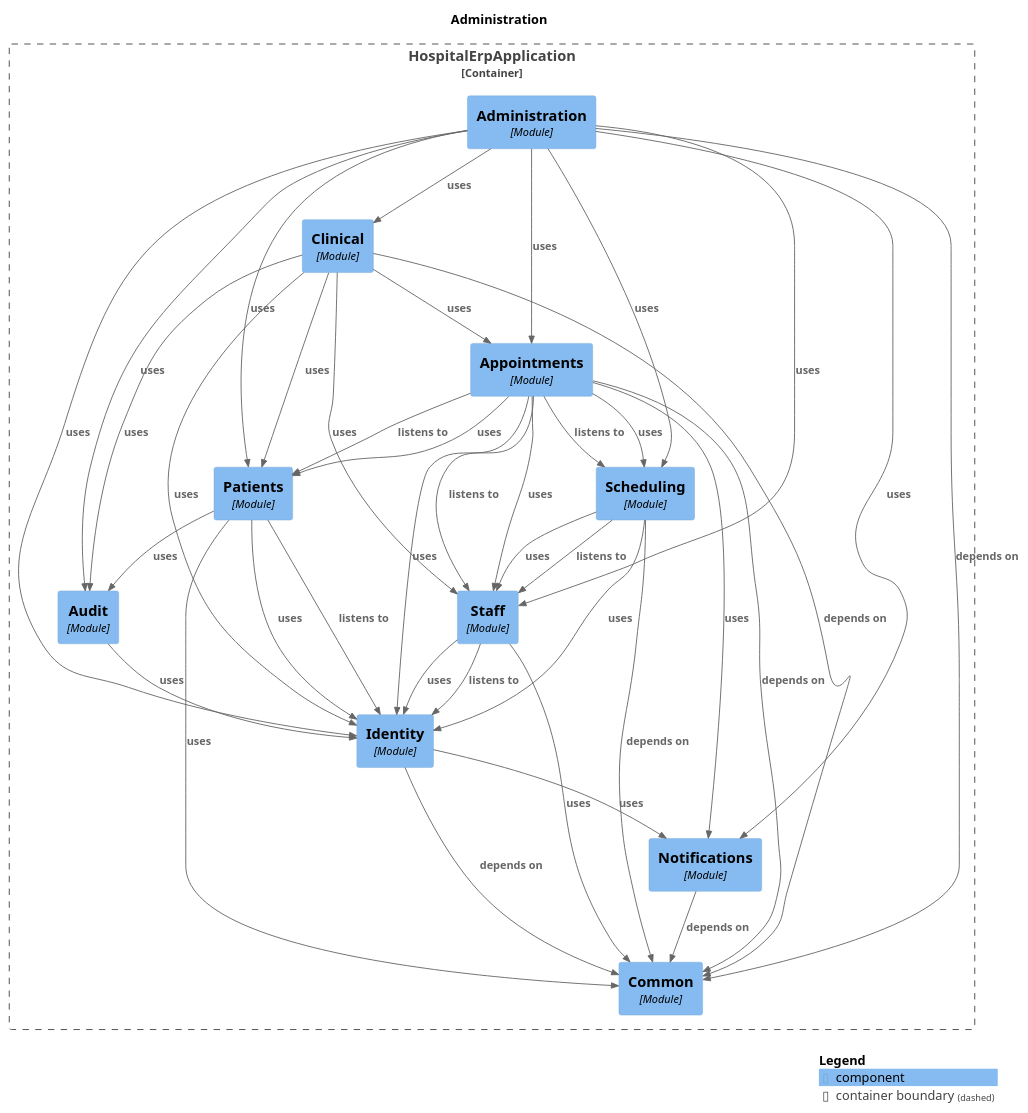
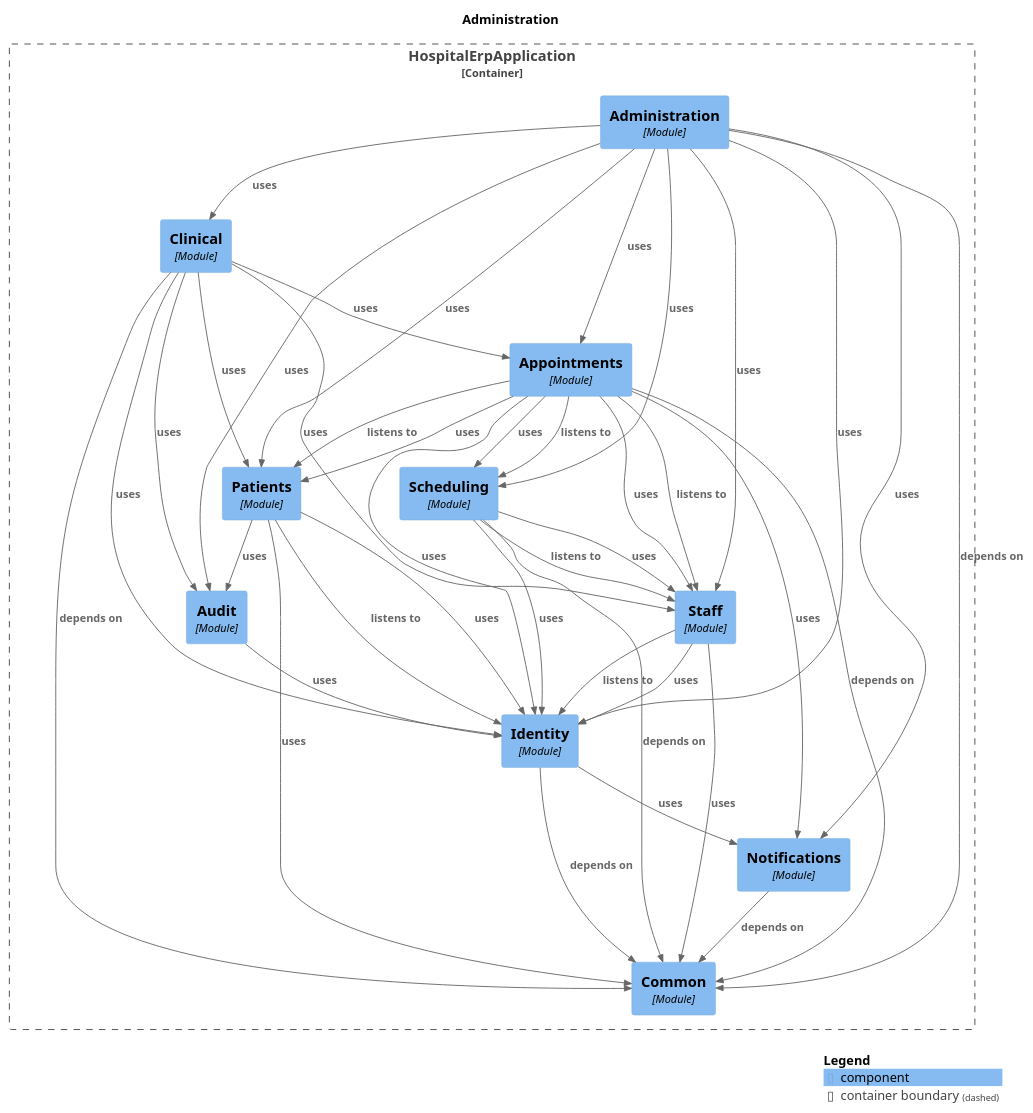
Before and after one commit to harshsharma5720/HospitalERP: the diagram in docs/modules/module-administration.puml, drawn with PlantUML. The commit also changed other lines of this file and 35 other files, not shown here.

```diff
--- a/docs/modules/module-administration.puml
+++ b/docs/modules/module-administration.puml
@@ -1,65 +1,65 @@
 @startuml
 set separator none
 title Administration
 
 top to bottom direction
 
 !include <C4/C4>
 !include <C4/C4_Context>
 !include <C4/C4_Component>
 
 Container_Boundary("HospitalErpApplication.HospitalErpApplication_boundary", "HospitalErpApplication", $tags="") {
+  Component(HospitalErpApplication.HospitalErpApplication.Scheduling, "Scheduling", $techn="Module", $descr="", $tags="", $link="")
   Component(HospitalErpApplication.HospitalErpApplication.Appointments, "Appointments", $techn="Module", $descr="", $tags="", $link="")
   Component(HospitalErpApplication.HospitalErpApplication.Clinical, "Clinical", $techn="Module", $descr="", $tags="", $link="")
   Component(HospitalErpApplication.HospitalErpApplication.Administration, "Administration", $techn="Module", $descr="", $tags="", $link="")
   Component(HospitalErpApplication.HospitalErpApplication.Common, "Common", $techn="Module", $descr="", $tags="", $link="")
   Component(HospitalErpApplication.HospitalErpApplication.Notifications, "Notifications", $techn="Module", $descr="", $tags="", $link="")
   Component(HospitalErpApplication.HospitalErpApplication.Identity, "Identity", $techn="Module", $descr="", $tags="", $link="")
   Component(HospitalErpApplication.HospitalErpApplication.Audit, "Audit", $techn="Module", $descr="", $tags="", $link="")
   Component(HospitalErpApplication.HospitalErpApplication.Staff, "Staff", $techn="Module", $descr="", $tags="", $link="")
   Component(HospitalErpApplication.HospitalErpApplication.Patients, "Patients", $techn="Module", $descr="", $tags="", $link="")
-  Component(HospitalErpApplication.HospitalErpApplication.Scheduling, "Scheduling", $techn="Module", $descr="", $tags="", $link="")
 }
 
-Rel(HospitalErpApplication.HospitalErpApplication.Identity, HospitalErpApplication.HospitalErpApplication.Common, "depends on", $techn="", $tags="", $link="")
-Rel(HospitalErpApplication.HospitalErpApplication.Identity, HospitalErpApplication.HospitalErpApplication.Notifications, "uses", $techn="", $tags="", $link="")
-Rel(HospitalErpApplication.HospitalErpApplication.Audit, HospitalErpApplication.HospitalErpApplication.Identity, "uses", $techn="", $tags="", $link="")
+Rel(HospitalErpApplication.HospitalErpApplication.Notifications, HospitalErpApplication.HospitalErpApplication.Common, "depends on", $techn="", $tags="", $link="")
 Rel(HospitalErpApplication.HospitalErpApplication.Scheduling, HospitalErpApplication.HospitalErpApplication.Staff, "listens to", $techn="", $tags="", $link="")
 Rel(HospitalErpApplication.HospitalErpApplication.Scheduling, HospitalErpApplication.HospitalErpApplication.Common, "depends on", $techn="", $tags="", $link="")
 Rel(HospitalErpApplication.HospitalErpApplication.Scheduling, HospitalErpApplication.HospitalErpApplication.Staff, "uses", $techn="", $tags="", $link="")
 Rel(HospitalErpApplication.HospitalErpApplication.Scheduling, HospitalErpApplication.HospitalErpApplication.Identity, "uses", $techn="", $tags="", $link="")
+Rel(HospitalErpApplication.HospitalErpApplication.Patients, HospitalErpApplication.HospitalErpApplication.Identity, "listens to", $techn="", $tags="", $link="")
+Rel(HospitalErpApplication.HospitalErpApplication.Patients, HospitalErpApplication.HospitalErpApplication.Identity, "uses", $techn="", $tags="", $link="")
+Rel(HospitalErpApplication.HospitalErpApplication.Patients, HospitalErpApplication.HospitalErpApplication.Common, "uses", $techn="", $tags="", $link="")
+Rel(HospitalErpApplication.HospitalErpApplication.Patients, HospitalErpApplication.HospitalErpApplication.Audit, "uses", $techn="", $tags="", $link="")
+Rel(HospitalErpApplication.HospitalErpApplication.Audit, HospitalErpApplication.HospitalErpApplication.Identity, "uses", $techn="", $tags="", $link="")
+Rel(HospitalErpApplication.HospitalErpApplication.Staff, HospitalErpApplication.HospitalErpApplication.Identity, "listens to", $techn="", $tags="", $link="")
+Rel(HospitalErpApplication.HospitalErpApplication.Staff, HospitalErpApplication.HospitalErpApplication.Identity, "uses", $techn="", $tags="", $link="")
+Rel(HospitalErpApplication.HospitalErpApplication.Staff, HospitalErpApplication.HospitalErpApplication.Common, "uses", $techn="", $tags="", $link="")
+Rel(HospitalErpApplication.HospitalErpApplication.Clinical, HospitalErpApplication.HospitalErpApplication.Common, "depends on", $techn="", $tags="", $link="")
+Rel(HospitalErpApplication.HospitalErpApplication.Clinical, HospitalErpApplication.HospitalErpApplication.Appointments, "uses", $techn="", $tags="", $link="")
+Rel(HospitalErpApplication.HospitalErpApplication.Clinical, HospitalErpApplication.HospitalErpApplication.Staff, "uses", $techn="", $tags="", $link="")
+Rel(HospitalErpApplication.HospitalErpApplication.Clinical, HospitalErpApplication.HospitalErpApplication.Patients, "uses", $techn="", $tags="", $link="")
+Rel(HospitalErpApplication.HospitalErpApplication.Clinical, HospitalErpApplication.HospitalErpApplication.Identity, "uses", $techn="", $tags="", $link="")
+Rel(HospitalErpApplication.HospitalErpApplication.Clinical, HospitalErpApplication.HospitalErpApplication.Audit, "uses", $techn="", $tags="", $link="")
+Rel(HospitalErpApplication.HospitalErpApplication.Appointments, HospitalErpApplication.HospitalErpApplication.Staff, "listens to", $techn="", $tags="", $link="")
+Rel(HospitalErpApplication.HospitalErpApplication.Appointments, HospitalErpApplication.HospitalErpApplication.Patients, "listens to", $techn="", $tags="", $link="")
+Rel(HospitalErpApplication.HospitalErpApplication.Appointments, HospitalErpApplication.HospitalErpApplication.Scheduling, "listens to", $techn="", $tags="", $link="")
+Rel(HospitalErpApplication.HospitalErpApplication.Appointments, HospitalErpApplication.HospitalErpApplication.Common, "depends on", $techn="", $tags="", $link="")
+Rel(HospitalErpApplication.HospitalErpApplication.Appointments, HospitalErpApplication.HospitalErpApplication.Patients, "uses", $techn="", $tags="", $link="")
+Rel(HospitalErpApplication.HospitalErpApplication.Appointments, HospitalErpApplication.HospitalErpApplication.Staff, "uses", $techn="", $tags="", $link="")
+Rel(HospitalErpApplication.HospitalErpApplication.Appointments, HospitalErpApplication.HospitalErpApplication.Scheduling, "uses", $techn="", $tags="", $link="")
+Rel(HospitalErpApplication.HospitalErpApplication.Appointments, HospitalErpApplication.HospitalErpApplication.Identity, "uses", $techn="", $tags="", $link="")
+Rel(HospitalErpApplication.HospitalErpApplication.Appointments, HospitalErpApplication.HospitalErpApplication.Notifications, "uses", $techn="", $tags="", $link="")
+Rel(HospitalErpApplication.HospitalErpApplication.Identity, HospitalErpApplication.HospitalErpApplication.Common, "depends on", $techn="", $tags="", $link="")
+Rel(HospitalErpApplication.HospitalErpApplication.Identity, HospitalErpApplication.HospitalErpApplication.Notifications, "uses", $techn="", $tags="", $link="")
 Rel(HospitalErpApplication.HospitalErpApplication.Administration, HospitalErpApplication.HospitalErpApplication.Common, "depends on", $techn="", $tags="", $link="")
 Rel(HospitalErpApplication.HospitalErpApplication.Administration, HospitalErpApplication.HospitalErpApplication.Identity, "uses", $techn="", $tags="", $link="")
 Rel(HospitalErpApplication.HospitalErpApplication.Administration, HospitalErpApplication.HospitalErpApplication.Patients, "uses", $techn="", $tags="", $link="")
 Rel(HospitalErpApplication.HospitalErpApplication.Administration, HospitalErpApplication.HospitalErpApplication.Staff, "uses", $techn="", $tags="", $link="")
 Rel(HospitalErpApplication.HospitalErpApplication.Administration, HospitalErpApplication.HospitalErpApplication.Audit, "uses", $techn="", $tags="", $link="")
 Rel(HospitalErpApplication.HospitalErpApplication.Administration, HospitalErpApplication.HospitalErpApplication.Appointments, "uses", $techn="", $tags="", $link="")
 Rel(HospitalErpApplication.HospitalErpApplication.Administration, HospitalErpApplication.HospitalErpApplication.Notifications, "uses", $techn="", $tags="", $link="")
 Rel(HospitalErpApplication.HospitalErpApplication.Administration, HospitalErpApplication.HospitalErpApplication.Clinical, "uses", $techn="", $tags="", $link="")
 Rel(HospitalErpApplication.HospitalErpApplication.Administration, HospitalErpApplication.HospitalErpApplication.Scheduling, "uses", $techn="", $tags="", $link="")
-Rel(HospitalErpApplication.HospitalErpApplication.Notifications, HospitalErpApplication.HospitalErpApplication.Common, "depends on", $techn="", $tags="", $link="")
-Rel(HospitalErpApplication.HospitalErpApplication.Staff, HospitalErpApplication.HospitalErpApplication.Identity, "listens to", $techn="", $tags="", $link="")
-Rel(HospitalErpApplication.HospitalErpApplication.Staff, HospitalErpApplication.HospitalErpApplication.Identity, "uses", $techn="", $tags="", $link="")
-Rel(HospitalErpApplication.HospitalErpApplication.Staff, HospitalErpApplication.HospitalErpApplication.Common, "uses", $techn="", $tags="", $link="")
-Rel(HospitalErpApplication.HospitalErpApplication.Appointments, HospitalErpApplication.HospitalErpApplication.Staff, "listens to", $techn="", $tags="", $link="")
-Rel(HospitalErpApplication.HospitalErpApplication.Appointments, HospitalErpApplication.HospitalErpApplication.Patients, "listens to", $techn="", $tags="", $link="")
-Rel(HospitalErpApplication.HospitalErpApplication.Appointments, HospitalErpApplication.HospitalErpApplication.Scheduling, "listens to", $techn="", $tags="", $link="")
-Rel(HospitalErpApplication.HospitalErpApplication.Appointments, HospitalErpApplication.HospitalErpApplication.Common, "depends on", $techn="", $tags="", $link="")
-Rel(HospitalErpApplication.HospitalErpApplication.Appointments, HospitalErpApplication.HospitalErpApplication.Patients, "uses", $techn="", $tags="", $link="")
-Rel(HospitalErpApplication.HospitalErpApplication.Appointments, HospitalErpApplication.HospitalErpApplication.Staff, "uses", $techn="", $tags="", $link="")
-Rel(HospitalErpApplication.HospitalErpApplication.Appointments, HospitalErpApplication.HospitalErpApplication.Scheduling, "uses", $techn="", $tags="", $link="")
-Rel(HospitalErpApplication.HospitalErpApplication.Appointments, HospitalErpApplication.HospitalErpApplication.Identity, "uses", $techn="", $tags="", $link="")
-Rel(HospitalErpApplication.HospitalErpApplication.Appointments, HospitalErpApplication.HospitalErpApplication.Notifications, "uses", $techn="", $tags="", $link="")
-Rel(HospitalErpApplication.HospitalErpApplication.Clinical, HospitalErpApplication.HospitalErpApplication.Common, "depends on", $techn="", $tags="", $link="")
-Rel(HospitalErpApplication.HospitalErpApplication.Clinical, HospitalErpApplication.HospitalErpApplication.Appointments, "uses", $techn="", $tags="", $link="")
-Rel(HospitalErpApplication.HospitalErpApplication.Clinical, HospitalErpApplication.HospitalErpApplication.Staff, "uses", $techn="", $tags="", $link="")
-Rel(HospitalErpApplication.HospitalErpApplication.Clinical, HospitalErpApplication.HospitalErpApplication.Patients, "uses", $techn="", $tags="", $link="")
-Rel(HospitalErpApplication.HospitalErpApplication.Clinical, HospitalErpApplication.HospitalErpApplication.Identity, "uses", $techn="", $tags="", $link="")
-Rel(HospitalErpApplication.HospitalErpApplication.Clinical, HospitalErpApplication.HospitalErpApplication.Audit, "uses", $techn="", $tags="", $link="")
-Rel(HospitalErpApplication.HospitalErpApplication.Patients, HospitalErpApplication.HospitalErpApplication.Identity, "listens to", $techn="", $tags="", $link="")
-Rel(HospitalErpApplication.HospitalErpApplication.Patients, HospitalErpApplication.HospitalErpApplication.Identity, "uses", $techn="", $tags="", $link="")
-Rel(HospitalErpApplication.HospitalErpApplication.Patients, HospitalErpApplication.HospitalErpApplication.Common, "uses", $techn="", $tags="", $link="")
-Rel(HospitalErpApplication.HospitalErpApplication.Patients, HospitalErpApplication.HospitalErpApplication.Audit, "uses", $techn="", $tags="", $link="")
 
 SHOW_LEGEND(true)
 @enduml
```
